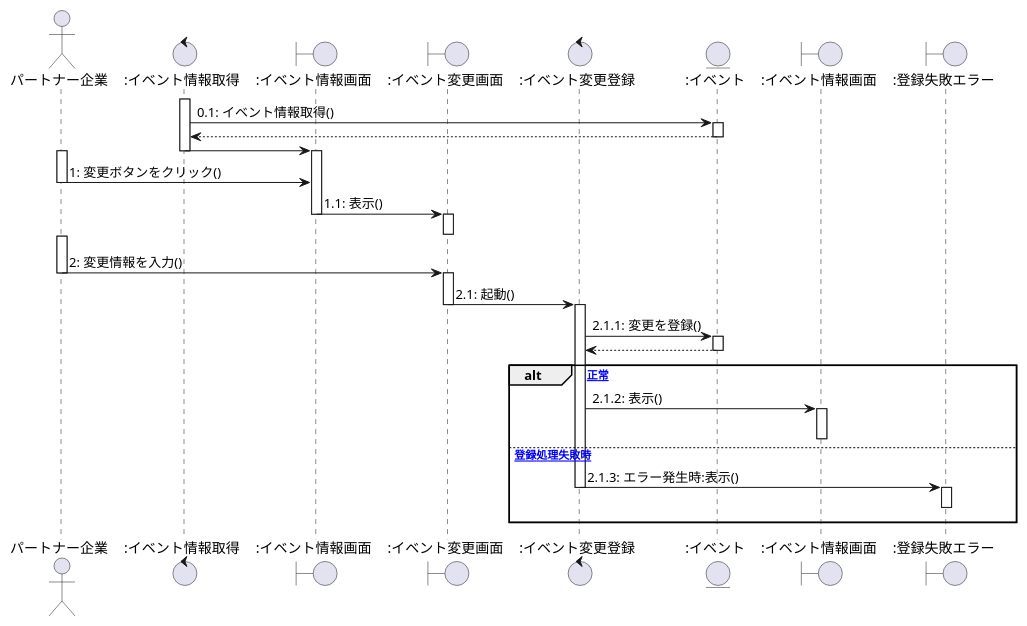
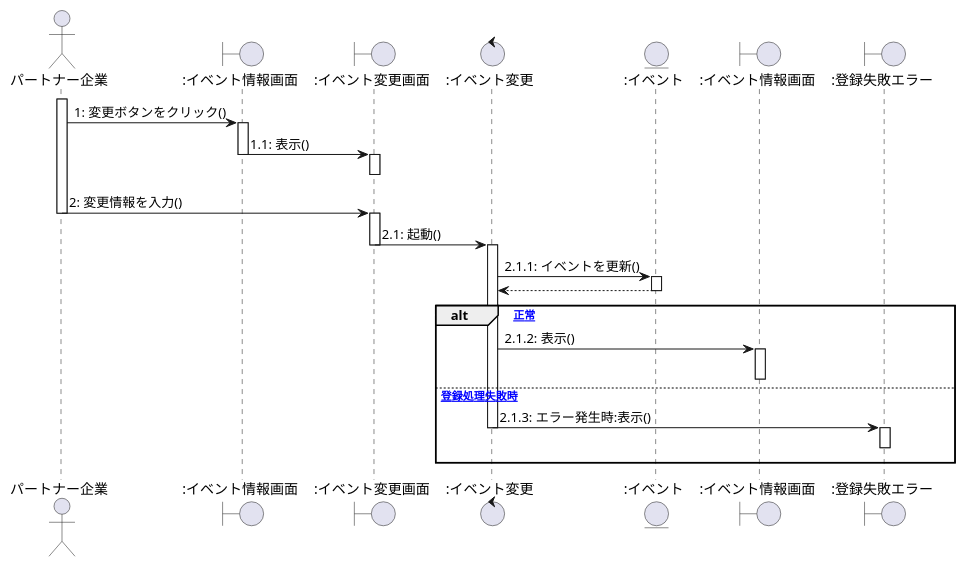
Before and after one commit to ksw2270227/GroupF: the sixth of 10 diagrams in client_sequence.plantuml, drawn with PlantUML. The commit also changed other lines of this file and 1 other file, not shown here.

```diff
--- a/client_sequence.plantuml
+++ b/client_sequence.plantuml
@@ -250,63 +243,63 @@
 @startuml イベント変更
 
 actor パートナー企業 as 0
-Control ":イベント情報取得" as b
+'Control ":イベント情報取得" as b
 Boundary ":イベント情報画面" as a
 Boundary ":イベント変更画面" as c
-Control ":イベント変更登録" as d
+Control ":イベント変更" as d
 Entity ":イベント" as en
 Boundary ":イベント情報画面" as e
 Boundary ":登録失敗エラー" as f
 
+/'
 activate b
 b -> en : 0.1: イベント情報取得()
 activate en
 en --> b
 deactivate en
 
-b -> a
+b -> a : 0.2: 表示()
 deactivate b
 activate a
+'/
 
 activate 0
     0 -> a :1: 変更ボタンをクリック()
-deactivate 0
+activate a
 
 a -> c :1.1: 表示()
 deactivate a
 
 activate c
 c -[hidden]-> c
 deactivate c
 
 
-
-activate 0
     0 -> c :2: 変更情報を入力()
 deactivate 0
 
 activate c
 c -> d :2.1: 起動()
 deactivate c
 activate d
 
-    d -> en :2.1.1: 変更を登録()
+    d -> en :2.1.1: イベントを更新()
 activate en
     d <-- en
 deactivate en
 
 alt [正常]
 d -> e :2.1.2: 表示()
 activate e
 deactivate e
 
 else [登録処理失敗時]
 d -> f :2.1.3: エラー発生時:表示()
 deactivate d
 activate f
 f -[hidden]-> f
 deactivate f
 
 end
 
 @enduml
```
